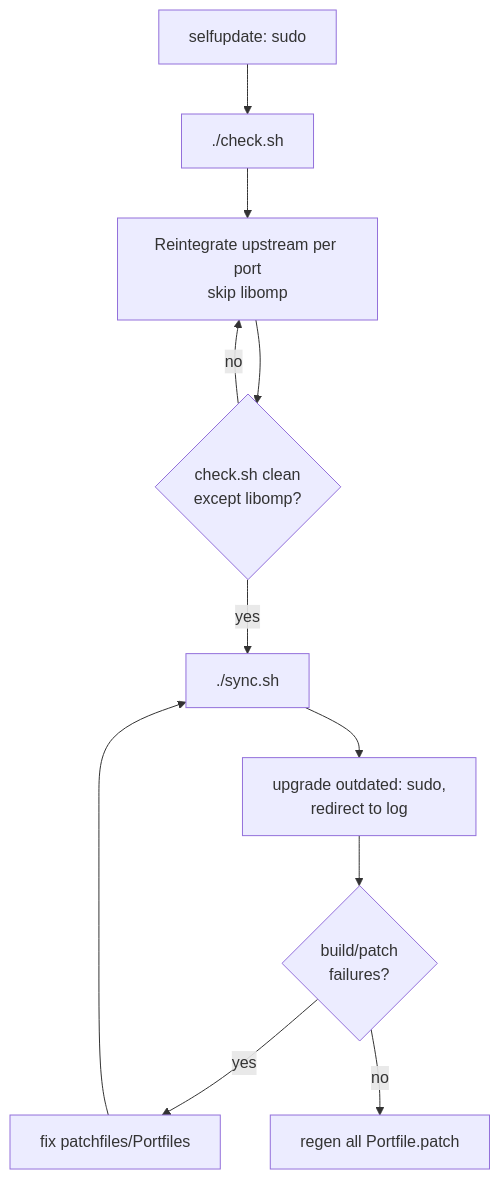
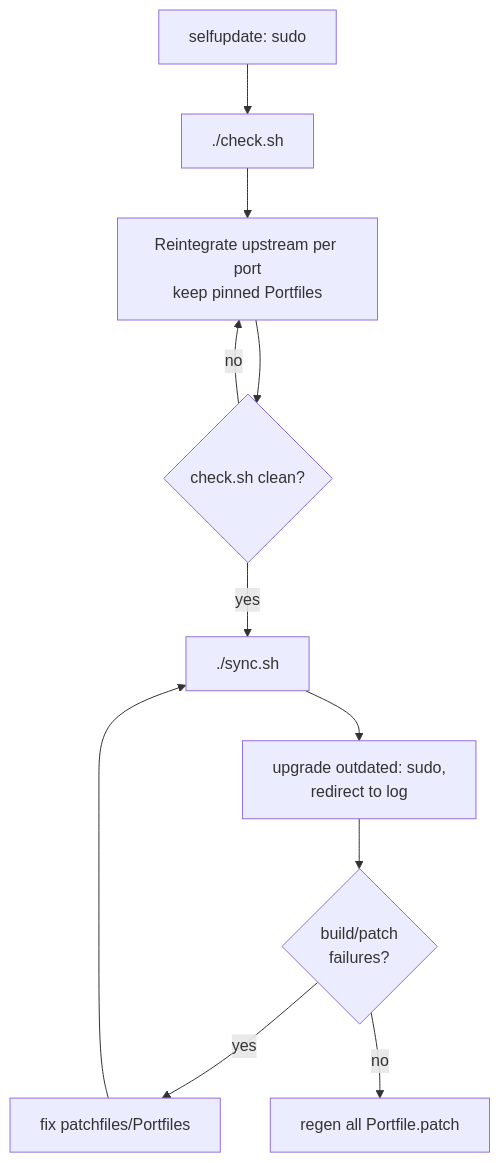
Before and after one commit to NatronGitHub/Natron: the diagram in tools/MacPorts/skills/macports-natron-upgrade/SKILL.md, drawn with Mermaid. The commit also changed other lines of this file and 10 other files, not shown here.

First line of the commit message:
MacPorts: unpin libomp (11.1.0 -> upstream 21.1.7), fixes #672

````diff
--- a/tools/MacPorts/skills/macports-natron-upgrade/SKILL.md
+++ b/tools/MacPorts/skills/macports-natron-upgrade/SKILL.md
@@ -82,12 +74,12 @@
 ```mermaid
 graph TD
     A[selfupdate: sudo] --> B[./check.sh]
-    B --> C[Reintegrate upstream per port<br/>skip libomp]
-    C --> D{check.sh clean<br/>except libomp?}
+    B --> C[Reintegrate upstream per port<br/>keep pinned Portfiles]
+    C --> D{check.sh clean?}
     D -- no --> C
     D -- yes --> E[./sync.sh]
     E --> F[upgrade outdated: sudo,<br/>redirect to log]
     F --> G{build/patch<br/>failures?}
     G -- yes --> H[fix patchfiles/Portfiles] --> E
     G -- no --> I[regen all Portfile.patch]
 ```
````
